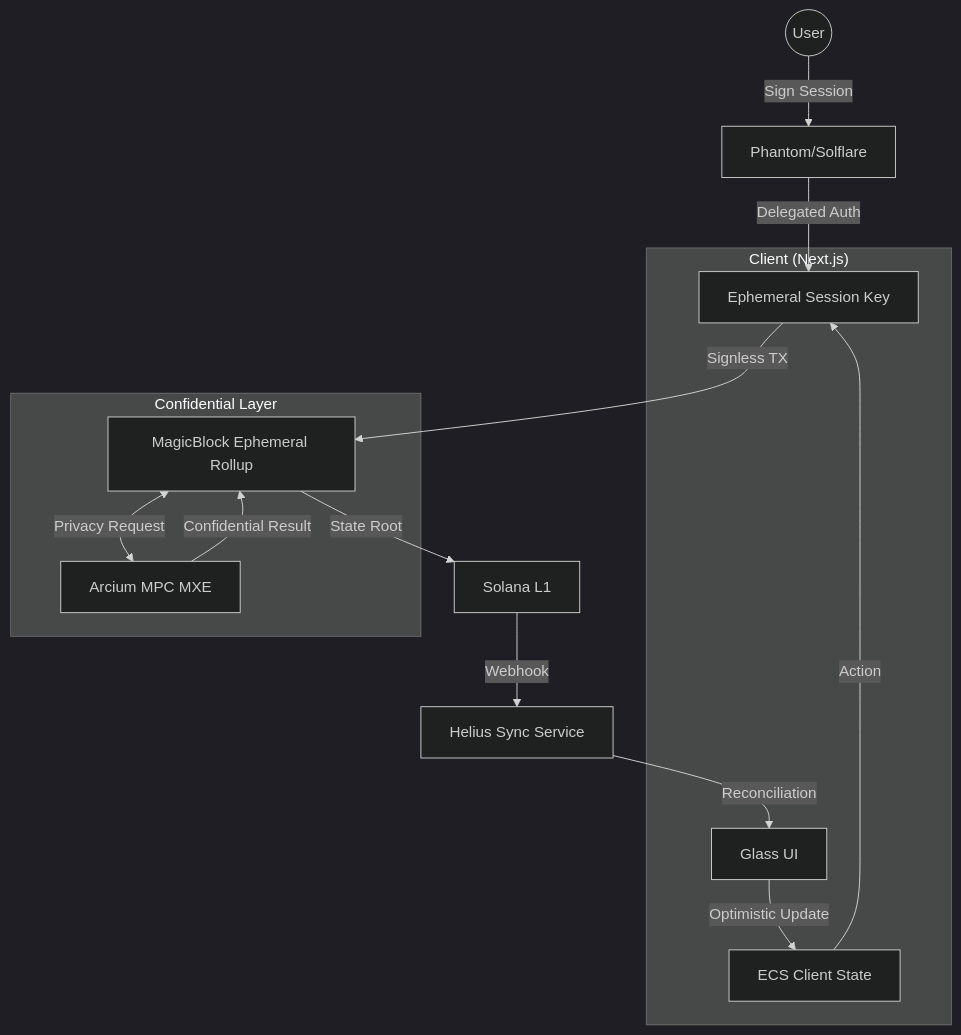
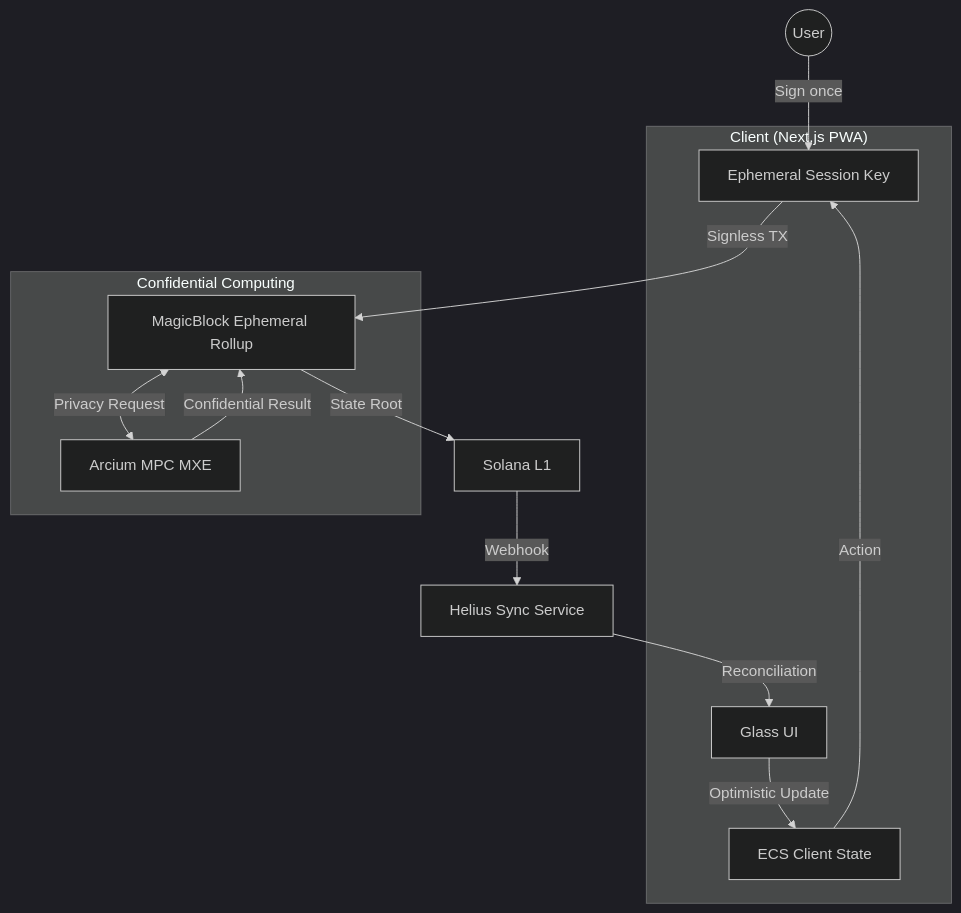
One commit to jacuzzi8888/Howz.fun changed the diagram in house.fun/ARCHITECTURE_DEEP_DIVE.md. Above: the diagram before and after it, drawn with Mermaid (dark theme). The commit also changed other lines of this file and 7 other files, not shown here.

````diff
--- a/house.fun/ARCHITECTURE_DEEP_DIVE.md
+++ b/house.fun/ARCHITECTURE_DEEP_DIVE.md
@@ -37,21 +37,20 @@
 ```mermaid
 graph TD
-    User((User)) -->|Sign Session| Wallet[Phantom/Solflare]
-    Wallet -->|Delegated Auth| SessionKey[Ephemeral Session Key]
+    User((User)) -->|Sign once| SessionKey[Ephemeral Session Key]
     
-    subgraph "Client (Next.js)"
+    subgraph "Client (Next.js PWA)"
         UI[Glass UI] -->|Optimistic Update| ECS_Client[ECS Client State]
         ECS_Client -->|Action| SessionKey
     end
     
     SessionKey -->|Signless TX| Rollup[MagicBlock Ephemeral Rollup]
     
-    subgraph "Confidential Layer"
+    subgraph "Confidential Computing"
         Rollup <-->|Privacy Request| Arcium[Arcium MPC MXE]
         Arcium -->|Confidential Result| Rollup
     end
     
     Rollup -->|State Root| Solana[Solana L1]
     Solana -->|Webhook| Helius[Helius Sync Service]
     Helius -->|Reconciliation| UI
 ```
````
